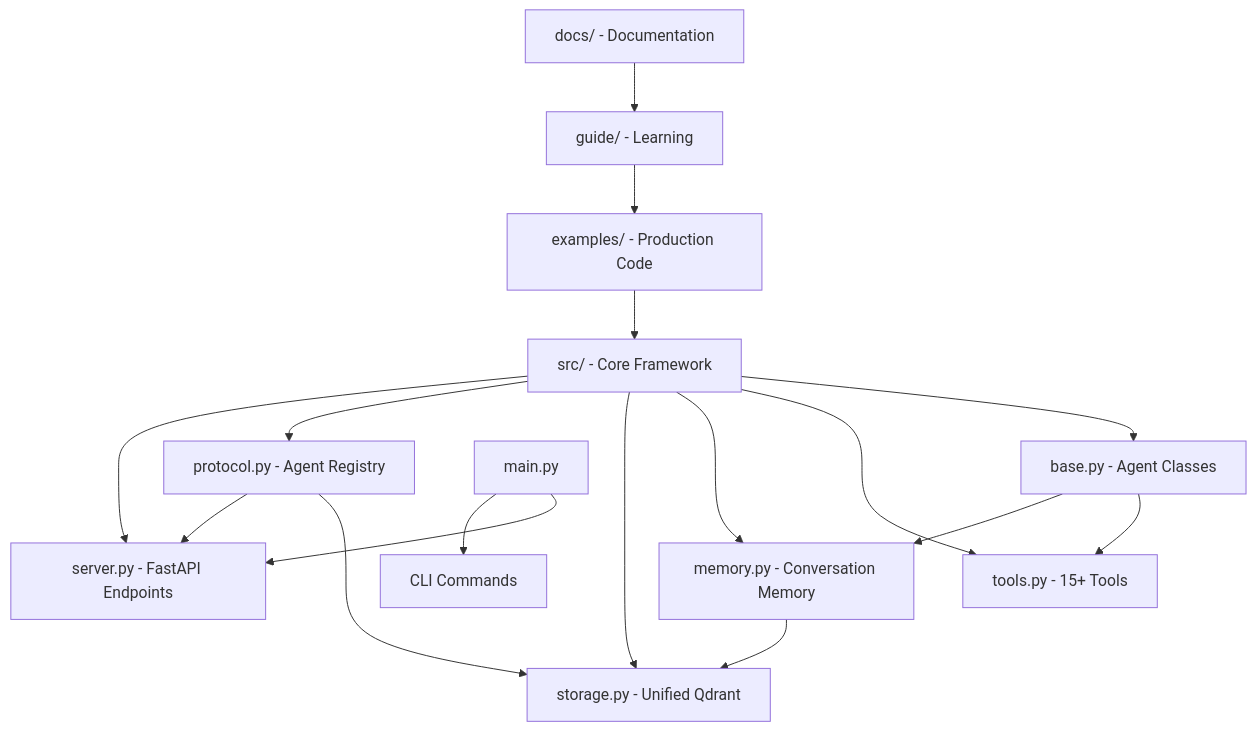
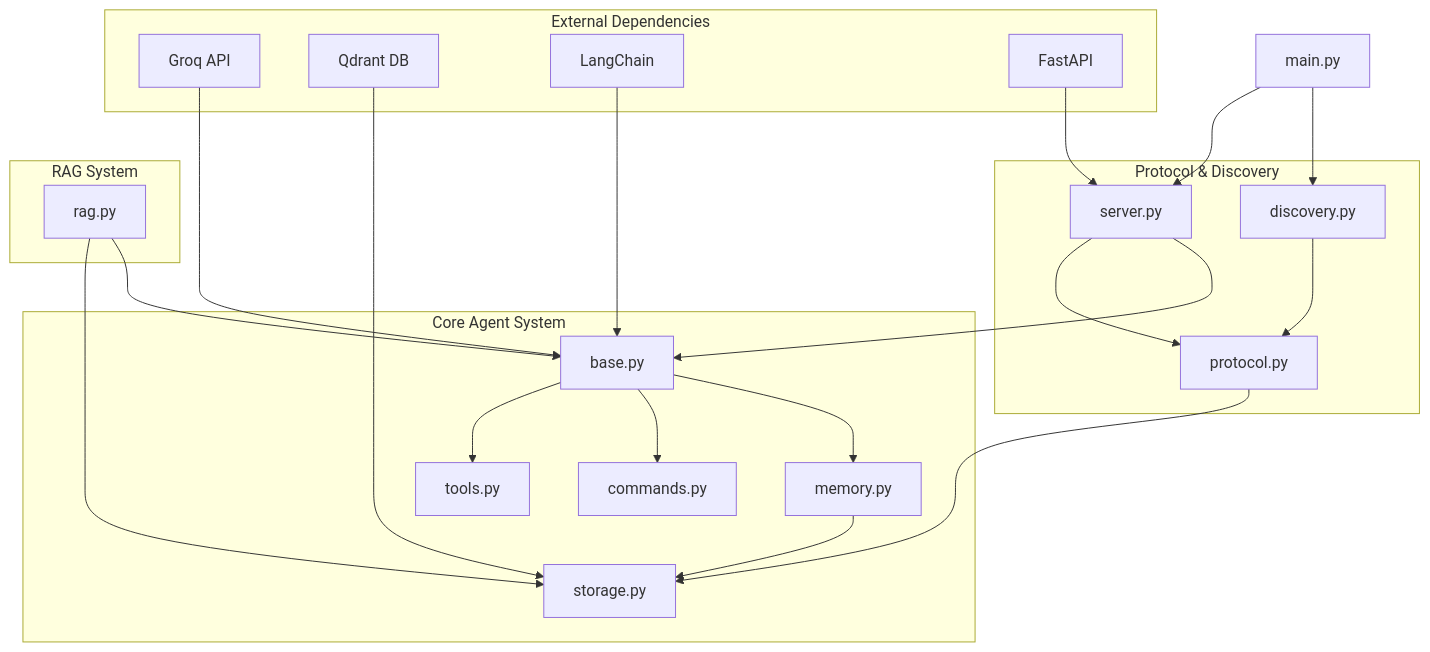
Before and after one commit to BlueberryMathematics/langchain-agent-base: the first of 5 diagrams in README.md, drawn with Mermaid. The commit also changed other lines of this file and 5 other files, not shown here.

````diff
--- a/README.md
+++ b/README.md
@@ -227,22 +227,31 @@
 ```mermaid
 graph TB
-    A[docs/ - Documentation] --> B[guide/ - Learning]
-    B --> C[examples/ - Production Code]
-    C --> D[src/ - Core Framework]
+    subgraph "Core Agent System"
+        A[base.py] --> B[tools.py]
+        A --> C[commands.py]
+        A --> D[memory.py]
+        D --> E[storage.py]
+    end
     
-    D --> E[base.py - Agent Classes]
-    D --> F[tools.py - 15+ Tools] 
-    D --> G[memory.py - Conversation Memory]
-    D --> H[storage.py - Unified Qdrant]
-    D --> I[protocol.py - Agent Registry]
-    D --> J[server.py - FastAPI Endpoints]
+    subgraph "Protocol & Discovery"
+        F[protocol.py] --> E
+        G[discovery.py] --> F
+        H[server.py] --> F
+        H --> A
+    end
     
-    E --> F
-    E --> G
-    G --> H
-    I --> H
-    I --> J
+    subgraph "RAG System"
+        I[rag.py] --> E
+        I --> A
+    end
     
-    K[main.py] --> J
-    K --> L[CLI Commands]
+    subgraph "External Dependencies"
+        J[Groq API] --> A
+        K[Qdrant DB] --> E
+        L[LangChain] --> A
+        M[FastAPI] --> H
+    end
+    
+    N[main.py] --> H
+    N --> G
 ```
````
